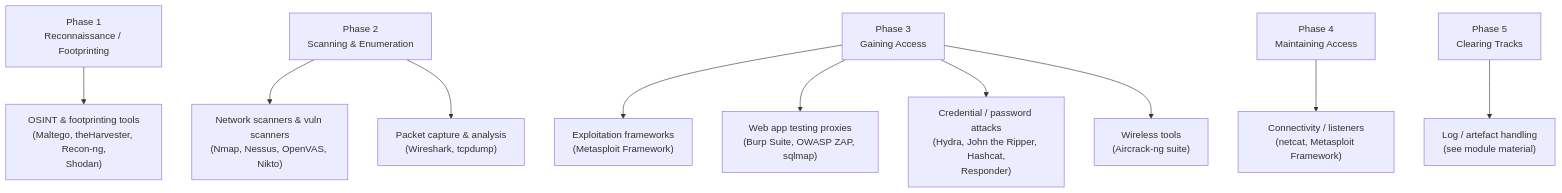
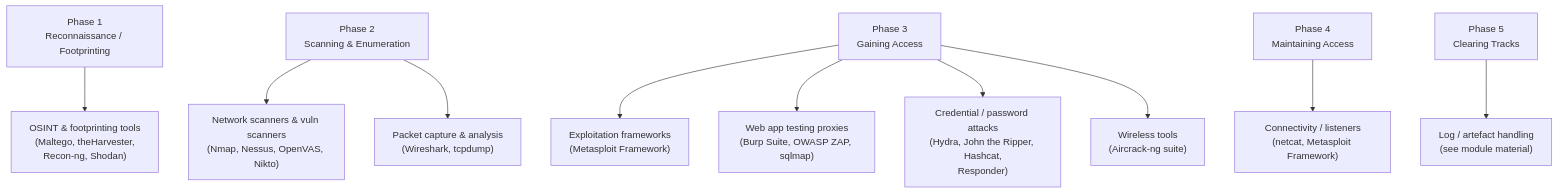
Before and after one commit to morandeirachema/WallixCerts: the diagram in certs/ceh/tools/tools-by-phase.md, drawn with Mermaid. The commit also changed 8 other files, not shown here.

First line of the commit message:
Quality pass (no new topics): fix Mermaid orphans + harden the anchor checker

````diff
--- a/certs/ceh/tools/tools-by-phase.md
+++ b/certs/ceh/tools/tools-by-phase.md
@@ -18,12 +18,12 @@
 ```mermaid
 flowchart TD
-    Recon["Phase 1<br/>Reconnaissance / Footprinting"] --> OSINT["OSINT &amp; footprinting tools<br/>(Maltego, theHarvester, Recon-ng,<br/>Shodan)"]
+    Recon["Phase 1<br/>Reconnaissance / Footprinting"] --> OSINT["OSINT &amp; footprinting tools<br/>(Maltego, theHarvester,<br/>Recon-ng, Shodan)"]
     Scan["Phase 2<br/>Scanning &amp; Enumeration"] --> ScanCat["Network scanners &amp; vuln scanners<br/>(Nmap, Nessus, OpenVAS, Nikto)"]
     Scan --> Sniff["Packet capture &amp; analysis<br/>(Wireshark, tcpdump)"]
     Access["Phase 3<br/>Gaining Access"] --> Exploit["Exploitation frameworks<br/>(Metasploit Framework)"]
     Access --> WebTest["Web app testing proxies<br/>(Burp Suite, OWASP ZAP, sqlmap)"]
     Access --> CredAttack["Credential / password attacks<br/>(Hydra, John the Ripper, Hashcat,<br/>Responder)"]
     Access --> Wireless["Wireless tools<br/>(Aircrack-ng suite)"]
     Maintain["Phase 4<br/>Maintaining Access"] --> Pivot["Connectivity / listeners<br/>(netcat, Metasploit Framework)"]
     Tracks["Phase 5<br/>Clearing Tracks"] --> LogCat["Log / artefact handling<br/>(see module material)"]
 ```
````
